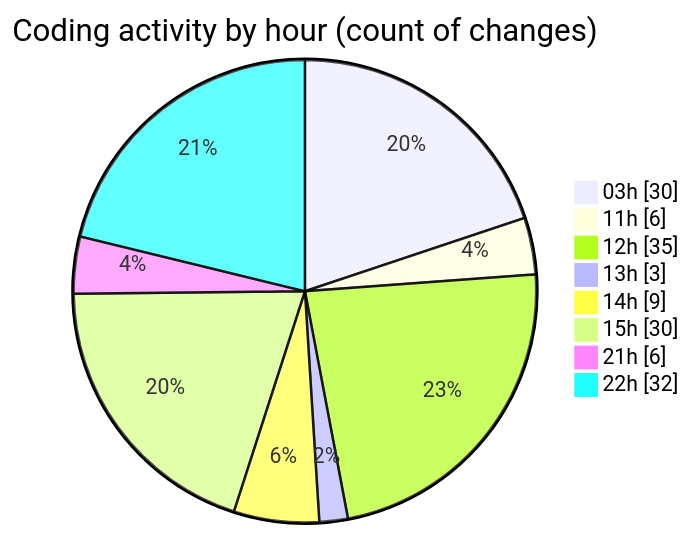
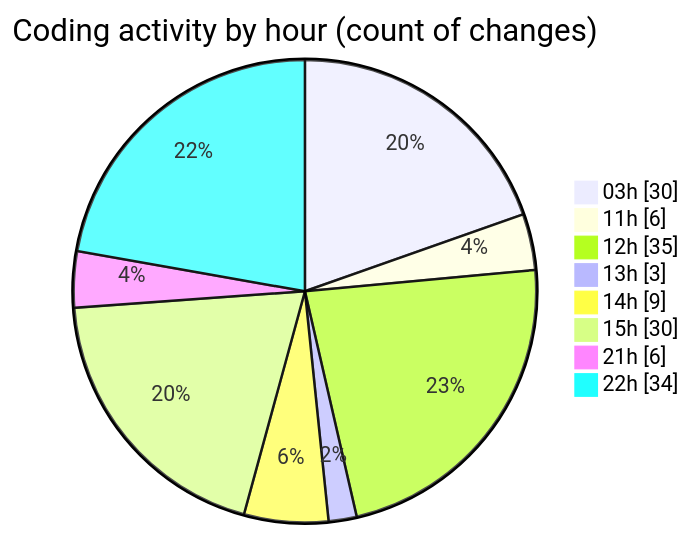
One commit to lephambinh05/code-tracking changed the second of 2 diagrams in 2025-09-13/napxuvn/README.md. Above: the diagram before and after it, drawn with Mermaid. The commit also changed other lines of this file and 1 other file, not shown here.

````diff
--- a/2025-09-13/napxuvn/README.md
+++ b/2025-09-13/napxuvn/README.md
@@ -91,12 +92,12 @@
 ```mermaid
 pie showData
 title Coding activity by hour (count of changes)
 "03h" : 30
 "11h" : 6
 "12h" : 35
 "13h" : 3
 "14h" : 9
 "15h" : 30
 "21h" : 6
-"22h" : 32
+"22h" : 34
 ```
````
